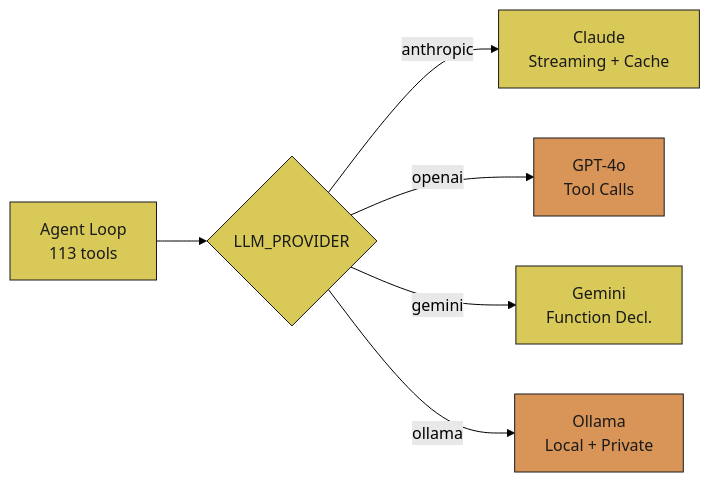
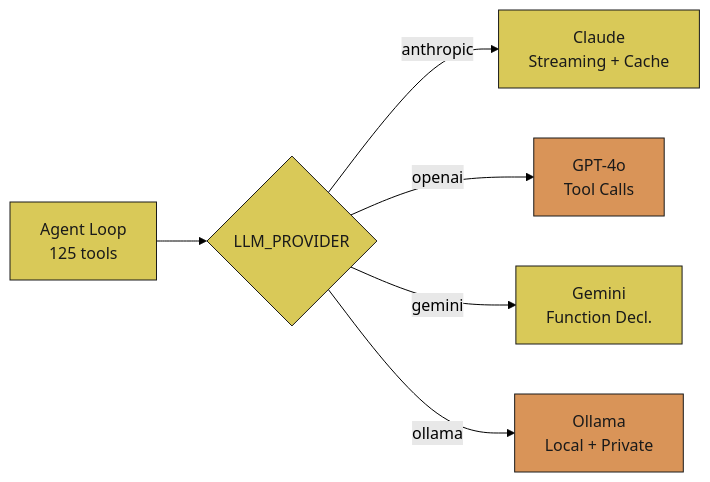
The fourth of 29 diagrams in README.md (JosephOIbrahim/Comfy-Cozy), drawn with Mermaid (forest theme) before and after one commit. The commit also changed other lines of this file, not shown here.

First line of the commit message:
docs(readme): update tool count 113->125 + test count after agent-tooling harness

````diff
--- a/README.md
+++ b/README.md
@@ -311,13 +311,13 @@
 ```mermaid
 graph LR
-    Agent[Agent Loop<br/>113 tools] --> LLM{LLM_PROVIDER}
+    Agent[Agent Loop<br/>125 tools] --> LLM{LLM_PROVIDER}
     LLM -->|anthropic| A["Claude<br/>Streaming + Cache"]
     LLM -->|openai| B["GPT-4o<br/>Tool Calls"]
     LLM -->|gemini| C["Gemini<br/>Function Decl."]
     LLM -->|ollama| D["Ollama<br/>Local + Private"]
 
     classDef orange fill:#d99458,color:#1a1a1a,stroke:#1a1a1a
     classDef yellow fill:#d9c958,color:#1a1a1a,stroke:#1a1a1a
     class B,D orange
     class Agent,A,C,LLM yellow
 ```
````
